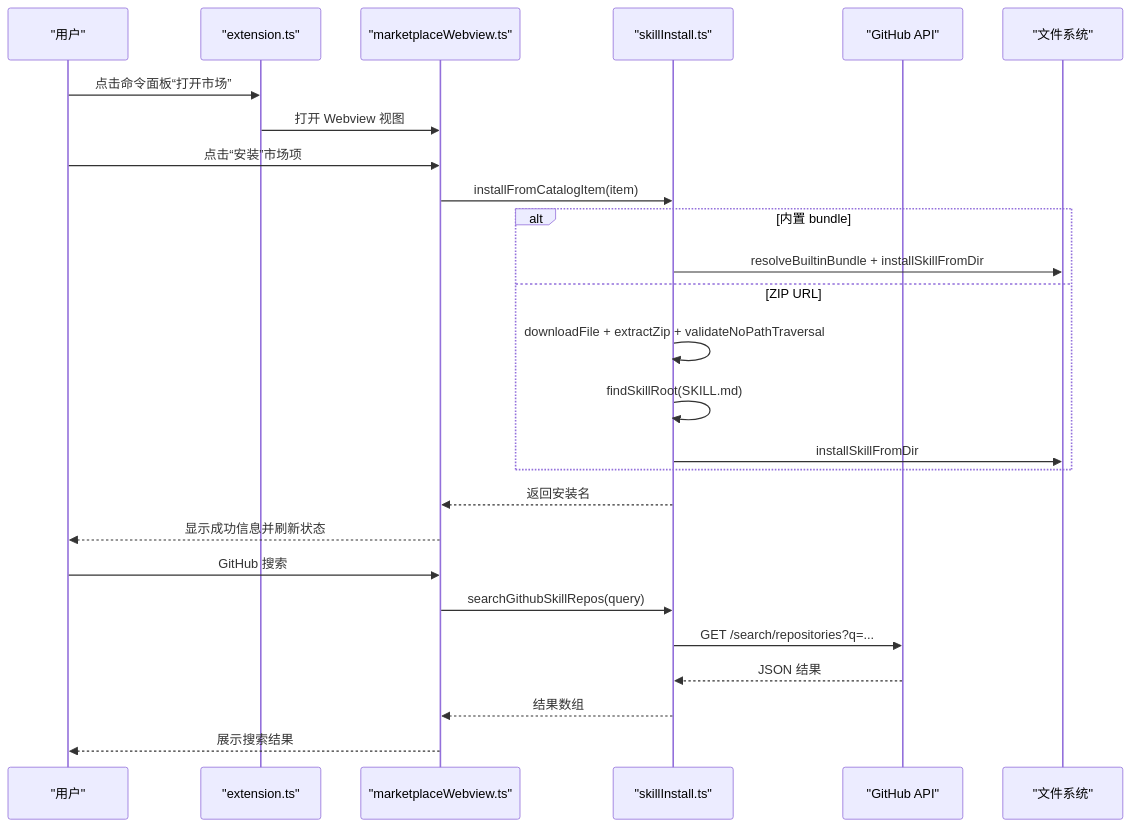
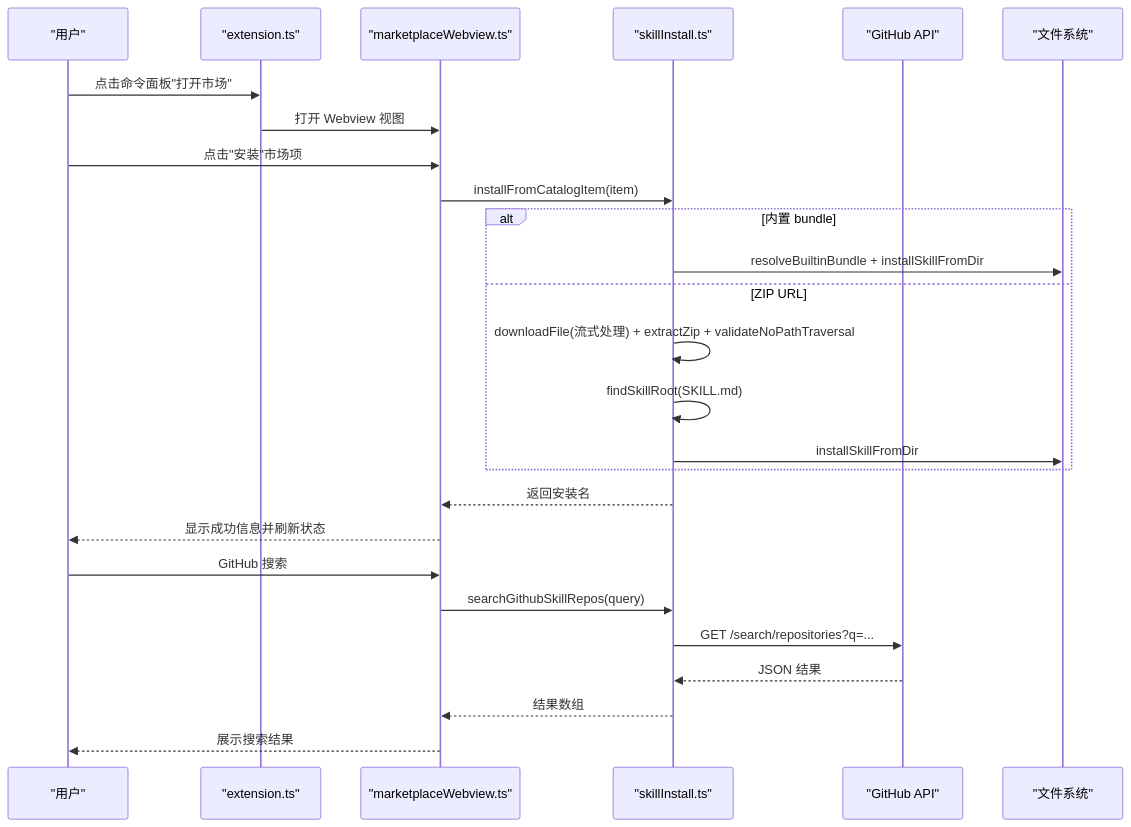
The second of 5 diagrams in .qoder/repowiki/zh/content/Skill 市场/技能包安装与管理.md (sofate798/KodrixCode), drawn with Mermaid before and after one commit. The commit also changed other lines of this file and 12 other files, not shown here.

````diff
--- a/.qoder/repowiki/zh/content/Skill 市场/技能包安装与管理.md
+++ b/.qoder/repowiki/zh/content/Skill 市场/技能包安装与管理.md
@@ -91,28 +87,28 @@
 ```mermaid
 sequenceDiagram
 participant U as "用户"
 participant H as "extension.ts"
 participant V as "marketplaceWebview.ts"
 participant I as "skillInstall.ts"
 participant G as "GitHub API"
 participant FS as "文件系统"
-U->>H : 点击命令面板“打开市场”
+U->>H : 点击命令面板"打开市场"
 H->>V : 打开 Webview 视图
-U->>V : 点击“安装”市场项
+U->>V : 点击"安装"市场项
 V->>I : installFromCatalogItem(item)
 alt 内置 bundle
 I->>FS : resolveBuiltinBundle + installSkillFromDir
 else ZIP URL
-I->>I : downloadFile + extractZip + validateNoPathTraversal
+I->>I : downloadFile(流式处理) + extractZip + validateNoPathTraversal
 I->>I : findSkillRoot(SKILL.md)
 I->>FS : installSkillFromDir
 end
 I-->>V : 返回安装名
 V-->>U : 显示成功信息并刷新状态
 U->>V : GitHub 搜索
 V->>I : searchGithubSkillRepos(query)
 I->>G : GET /search/repositories?q=...
 G-->>I : JSON 结果
 I-->>V : 结果数组
 V-->>U : 展示搜索结果
 ```
````
